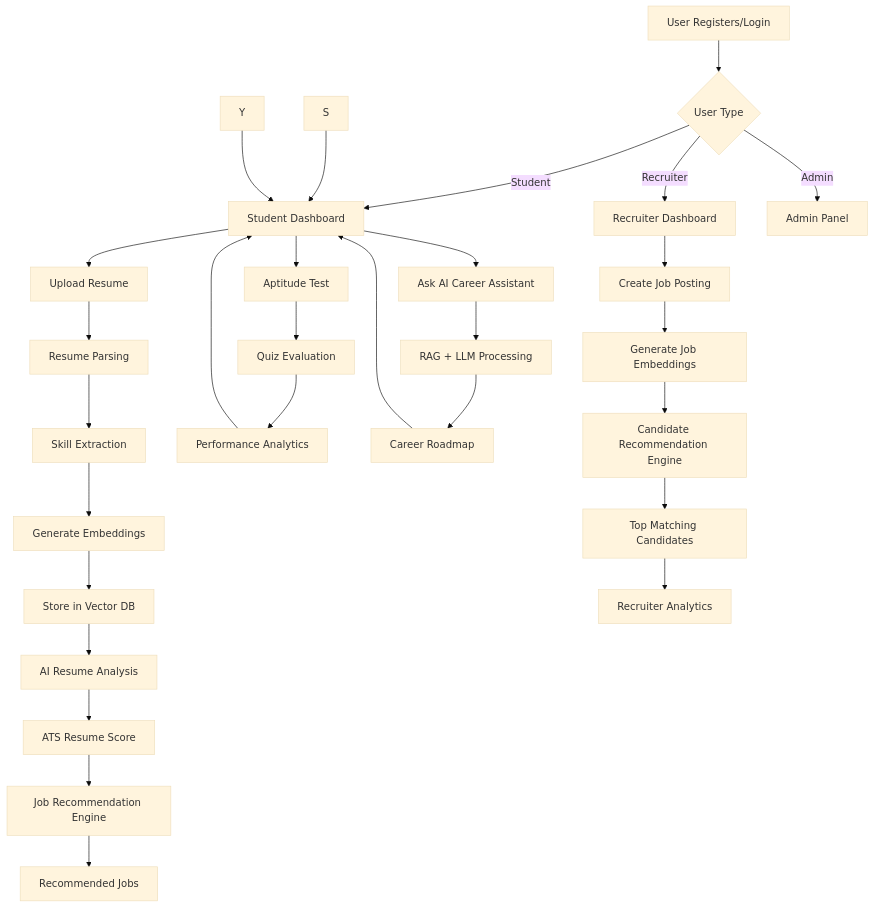
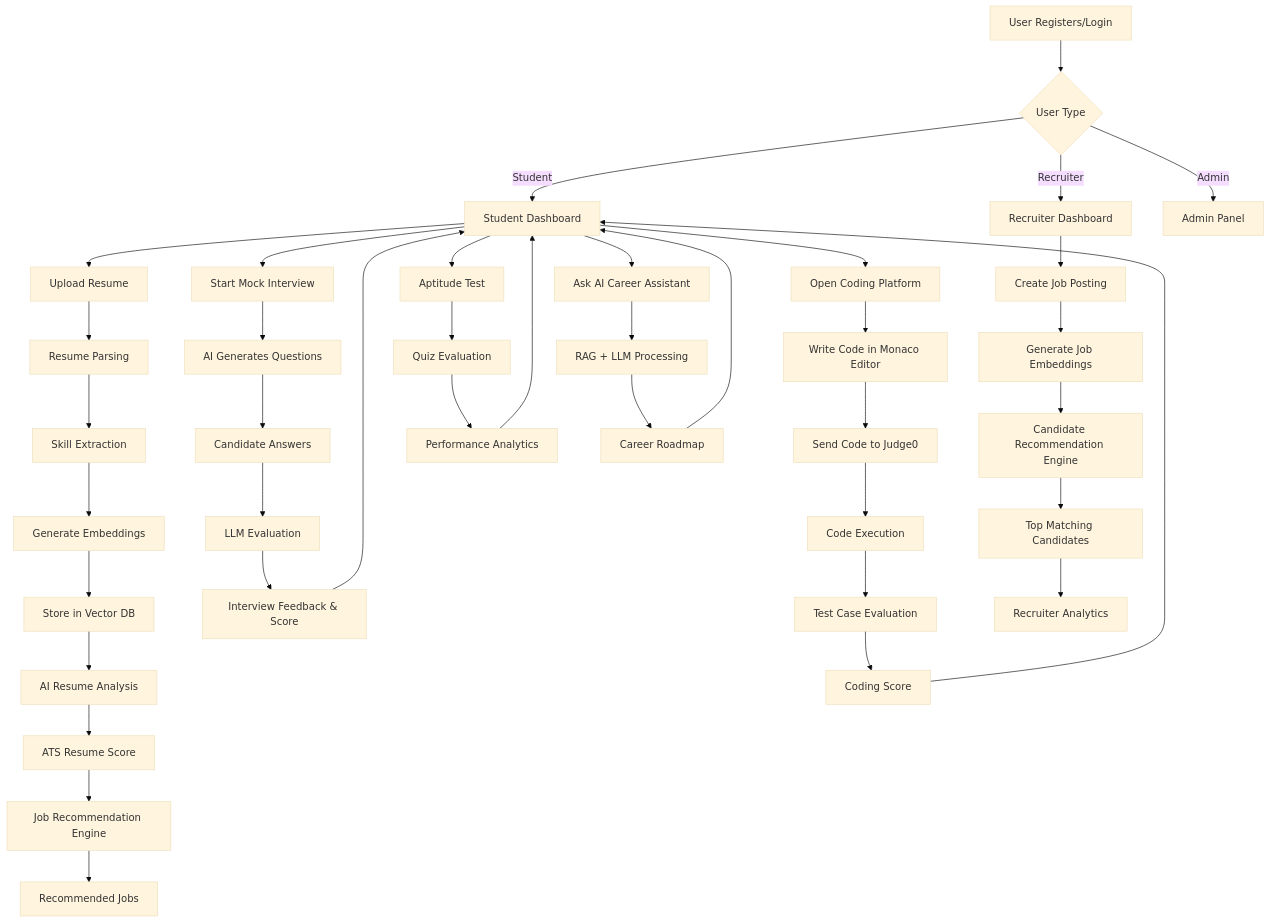
The third of 5 diagrams in README.md (rishusinha26/ResumeIQ), drawn with Mermaid (base theme) before and after one commit. The commit also changed other lines of this file, not shown here.

````diff
--- a/README.md
+++ b/README.md
@@ -282,54 +282,70 @@
 ```mermaid
 flowchart TD
 
     A[User Registers/Login] --> B{User Type}
 
     B -->|Student| C[Student Dashboard]
     B -->|Recruiter| D[Recruiter Dashboard]
     B -->|Admin| E[Admin Panel]
 
     %% STUDENT FLOW
 
     C --> F[Upload Resume]
 
     F --> G[Resume Parsing]
     G --> H[Skill Extraction]
     H --> I[Generate Embeddings]
     I --> J[Store in Vector DB]
 
     J --> K[AI Resume Analysis]
     K --> L[ATS Resume Score]
 
     L --> M[Job Recommendation Engine]
     M --> N[Recommended Jobs]
 
+    %% MOCK INTERVIEW FLOW
+
+    C --> O[Start Mock Interview]
+    O --> P[AI Generates Questions]
+    P --> Q[Candidate Answers]
+    Q --> R[LLM Evaluation]
+    R --> S[Interview Feedback & Score]
+
+    %% CODING FLOW
+
+    C --> T[Open Coding Platform]
+    T --> U[Write Code in Monaco Editor]
+    U --> V[Send Code to Judge0]
+    V --> W[Code Execution]
+    W --> X[Test Case Evaluation]
+    X --> Y[Coding Score]
 
     %% APTITUDE FLOW
 
     C --> Z[Aptitude Test]
     Z --> A1[Quiz Evaluation]
     A1 --> A2[Performance Analytics]
 
     %% CAREER AI FLOW
 
     C --> A3[Ask AI Career Assistant]
     A3 --> A4[RAG + LLM Processing]
     A4 --> A5[Career Roadmap]
 
     %% RECRUITER FLOW
 
     D --> B1[Create Job Posting]
     B1 --> B2[Generate Job Embeddings]
 
     B2 --> B3[Candidate Recommendation Engine]
     B3 --> B4[Top Matching Candidates]
 
     B4 --> B5[Recruiter Analytics]
 
     %% FINAL
 
     S --> C
     Y --> C
     A2 --> C
     A5 --> C
 ```
````
